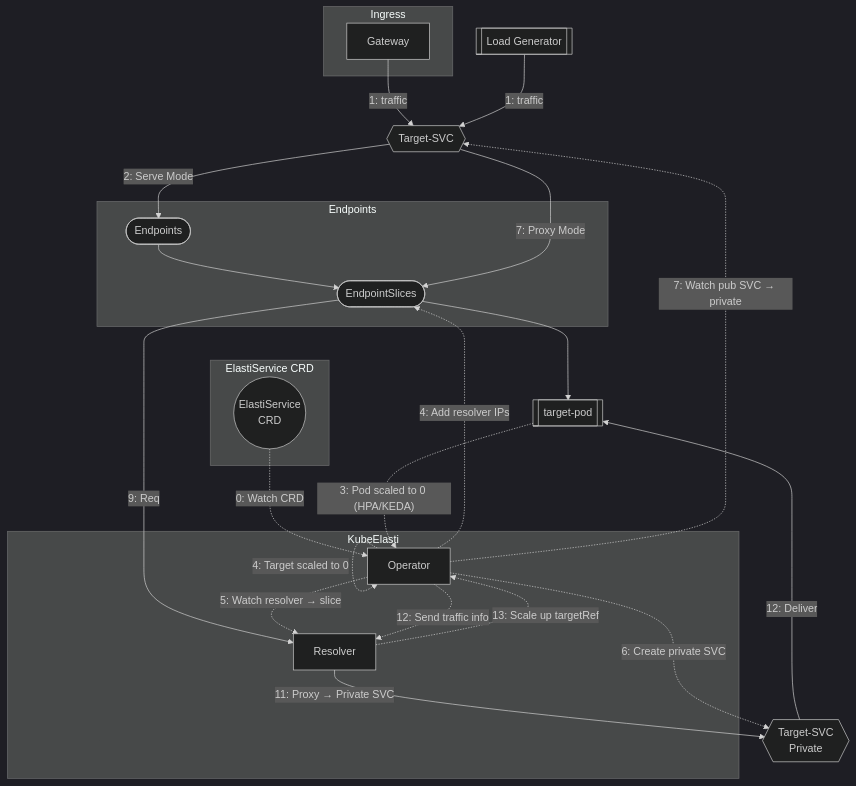
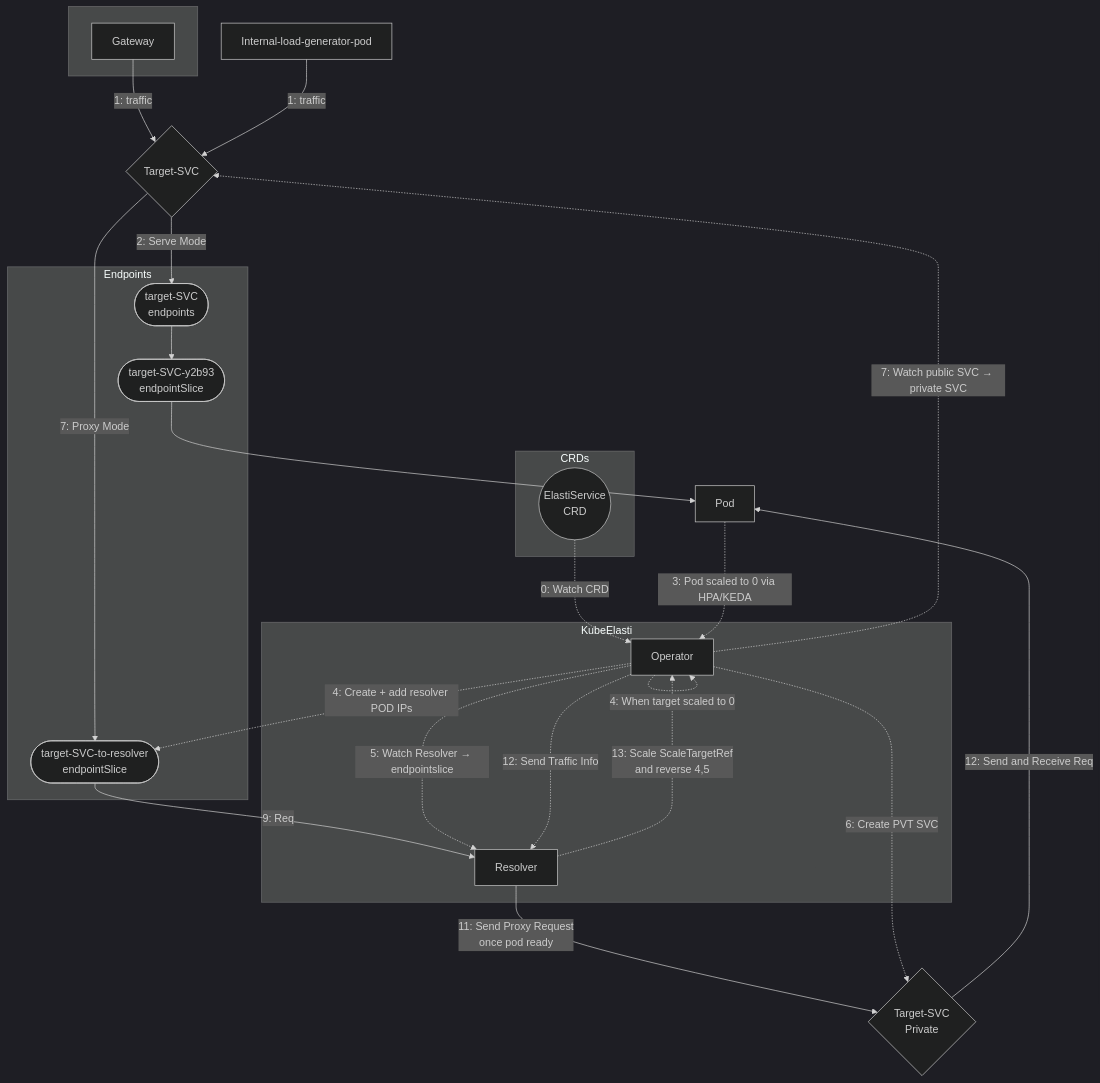
Before and after one commit to truefoundry/elasti: the first of 8 diagrams in docs/src/architecture.md, drawn with Mermaid (dark theme).

Commit message:
docs: add more detailed arch

````diff
--- a/docs/src/architecture.md
+++ b/docs/src/architecture.md
@@ -11,57 +11,67 @@
 ``` mermaid
-%% KubeElasti Architecture — Compact Layout
-flowchart TB
+graph TB
+  %% ───────────────────────────
+  %%  SUBGRAPHS (logical zones)
+  %% ───────────────────────────
+  subgraph INGRESS [" "]
+    Gateway[Gateway]
+  end
 
-%% ─── ZONES ───
-subgraph Ingress
-  Gateway[Gateway]
-end
 
-subgraph ControlPlane["KubeElasti"]
-  Operator[Operator]
-  Resolver[Resolver]
-end
 
-subgraph ElastiCRD["ElastiService CRD"]
-  ESCRD((ElastiService<br>CRD))
-end
+  subgraph CONTROL_PLANE ["KubeElasti"]
+    Operator[Operator]
+    Resolver[Resolver]
+  end
 
-subgraph Endpoints
-  EP([Endpoints])
-  EPS([EndpointSlices])
-end
+  LoadGen[Internal-load-generator-pod]
 
-LoadGen[[Load Generator]]
-TargetSVC{{Target‑SVC}}
-TargetSVC_PVT{{Target‑SVC<br>Private}}
-Pod[[target‑pod]]
+  subgraph ELASTI_CRD ["CRDs"]
+    ESCRD((ElastiService<br>CRD))
+  end
 
-%% ─── Serve Mode ───
-Gateway -->|1: traffic| TargetSVC
-LoadGen -->|1: traffic| TargetSVC
-TargetSVC -->|2: Serve Mode| EP --> EPS --> Pod
 
-%% ─── Proxy Mode ───
-TargetSVC -->|7: Proxy Mode| EPS
-EPS -->|9: Req| Resolver
-Resolver -->|11: Proxy → Private SVC| TargetSVC_PVT -->|12: Deliver| Pod
 
-%% ─── Controller Logic ───
-ESCRD -. "0: Watch CRD" .-> Operator
-Operator -. "0: Watch ScaleTargetRef" .-> Operator
-Operator -. "4: Target scaled to 0" .-> Operator
-Operator -. "4: Add resolver IPs" .-> EPS
-Operator -. "5: Watch resolver → slice" .-> Resolver
-Operator -. "6: Create private SVC" .-> TargetSVC_PVT
-Operator -. "7: Watch pub SVC → private" .-> TargetSVC
-Operator -. "12: Send traffic info" .-> Resolver
-Resolver -. "13: Scale up targetRef" .-> Operator
-Pod -. "3: Pod scaled to 0 (HPA/KEDA)" .-> Operator
+    TargetSVC{Target-SVC}
+    TargetSVC_PVT{Target‑SVC<br>Private}
+  
 
-%% STYLES
+  subgraph ENDPOINT ["Endpoints"]
+    SVC_EP([target-SVC<br>endpoints])
+    SVC_EPS([target-SVC-y2b93<br>endpointSlice])
+    ResEPS([target-SVC-to-resolver<br>endpointSlice])
+  end
 
-class Gateway,TargetSVC,TargetSVC_PVT,EP,EPS,Pod,LoadGen user
-class ESCRD required
-class Operator,Resolver control
+  %% ───────────────────────────
+  %%  TRAFFIC FLOWS (solid)
+  %% ───────────────────────────
+  Gateway -->|1: traffic| TargetSVC
+  LoadGen -->|1: traffic| TargetSVC
+
+  %% Serve‑mode path
+  TargetSVC -->|2: Serve Mode| SVC_EP
+  SVC_EP --> SVC_EPS
+  SVC_EPS --> Pod
+
+  %% Proxy‑mode path
+  TargetSVC -->|7: Proxy Mode| ResEPS
+  ResEPS -->|9: Req| Resolver
+  Resolver -->|11: Send Proxy Request<br>once pod ready| TargetSVC_PVT
+  TargetSVC_PVT -->|12: Send and Receive Req| Pod
+
+  %% ───────────────────────────
+  %%  OPERATOR / WATCH (dashed)
+  %% ───────────────────────────
+  ESCRD -. "0: Watch CRD" .-> Operator
+  Operator -. "0: Watch ScaleTargetRef" .-> Operator
+  Operator -. "4: When target scaled to 0" .-> Operator
+  Operator -. "4: Create + add resolver POD IPs" .-> ResEPS
+  Operator -. "5: Watch Resolver → endpointslice" .-> Resolver
+  Operator -. "6: Create PVT SVC" .-> TargetSVC_PVT
+  Operator -. "7: Watch public SVC → private SVC" .-> TargetSVC
+  Operator -. "12: Send Traffic Info" .-> Resolver
+  Resolver -. "13: Scale ScaleTargetRef<br> and reverse 4,5" .-> Operator
+
+  Pod -. "3: Pod scaled to 0 via HPA/KEDA" .-> Operator
 
 ```
````
